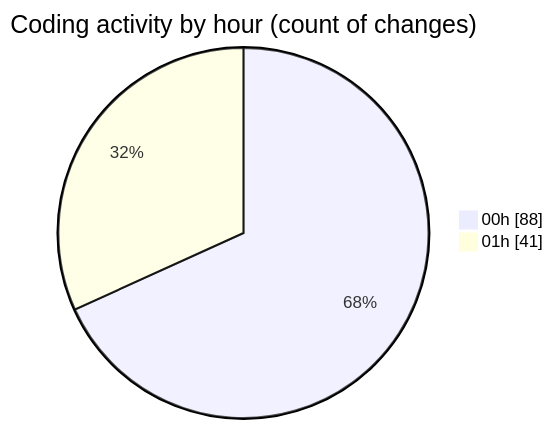
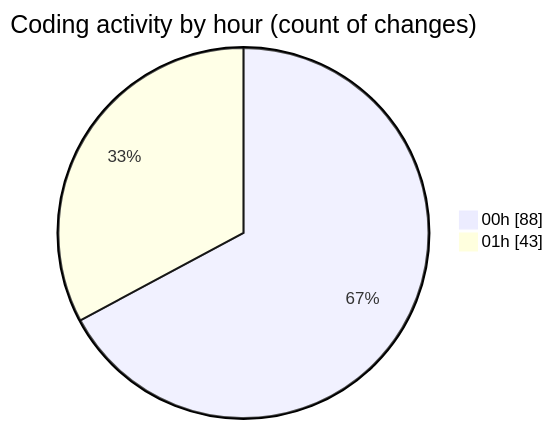
One commit to lephambinh05/code-tracking changed the second of 2 diagrams in 2025-08-16/rentotp/README.md. Above: the diagram before and after it, drawn with Mermaid. The commit also changed other lines of this file and 1 other file, not shown here.

````diff
--- a/2025-08-16/rentotp/README.md
+++ b/2025-08-16/rentotp/README.md
@@ -46,6 +46,6 @@
 ```mermaid
 pie showData
 title Coding activity by hour (count of changes)
 "00h" : 88
-"01h" : 41
+"01h" : 43
 ```
````
